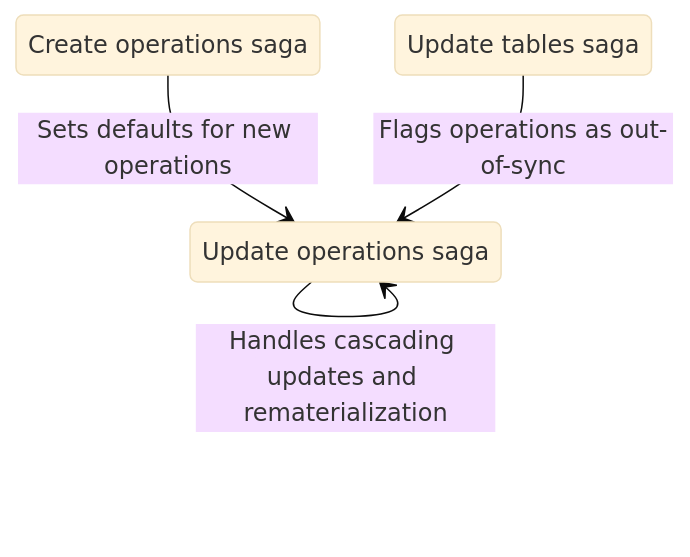
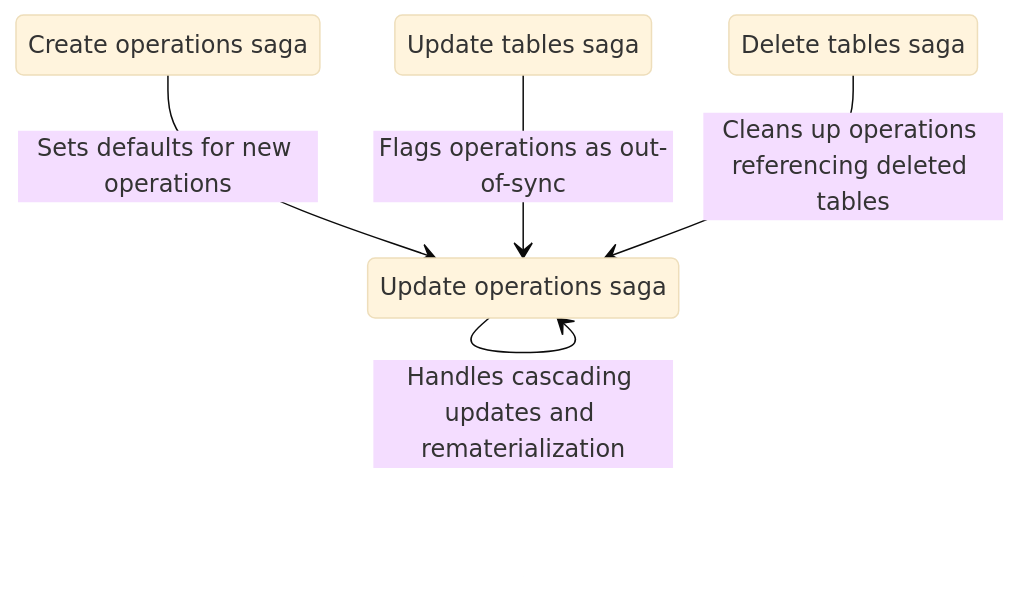
The diagram in src/sagas/updateOperationsSaga/README.md (steve-kasica/roundup), drawn with Mermaid (base theme) before and after one commit. The commit also changed 6 other files, not shown here.

First line of the commit message:
Address two delete tables bugs

````diff
--- a/src/sagas/updateOperationsSaga/README.md
+++ b/src/sagas/updateOperationsSaga/README.md
@@ -17,10 +17,12 @@
 ```mermaid
 stateDiagram
   updateOps:Update operations saga
   createOps:Create operations saga
   updateTables:Update tables saga
+  deleteTables:Delete tables saga
 
   createOps --> updateOps: Sets defaults for new operations
   updateTables --> updateOps: Flags operations as out-of-sync
   updateOps --> updateOps: Handles cascading updates and rematerialization
+  deleteTables --> updateOps: Cleans up operations referencing deleted tables
 ```
````
